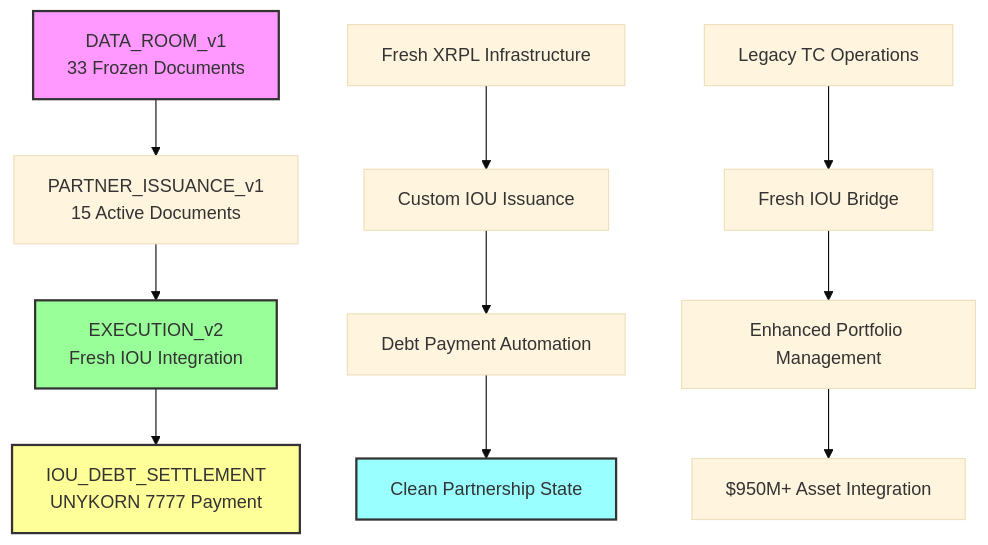
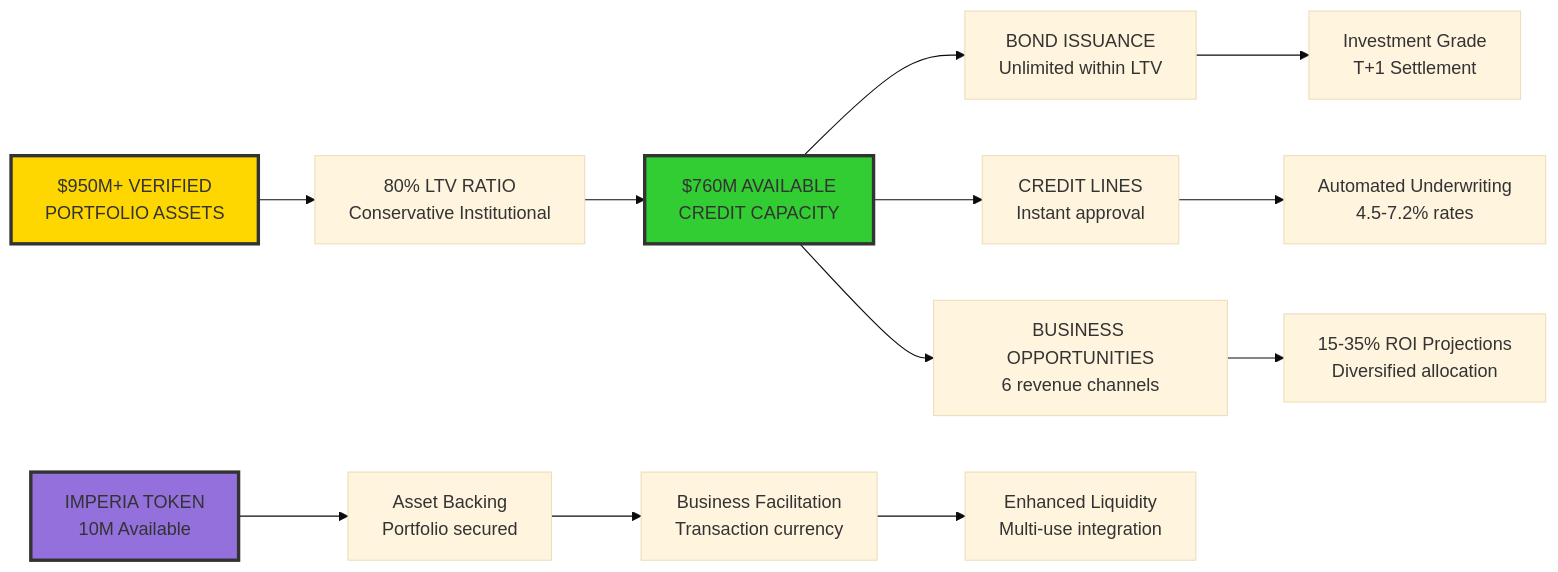
Before and after one commit to unykornai/TC: the second of 15 diagrams in TC_REPOSITORY_UPGRADE_v2.md, drawn with Mermaid (base theme). The commit also changed other lines of this file, not shown here.

````diff
--- a/TC_REPOSITORY_UPGRADE_v2.md
+++ b/TC_REPOSITORY_UPGRADE_v2.md
@@ -28,19 +66,21 @@
 ```mermaid
-graph TD
-    A[DATA_ROOM_v1<br/>33 Frozen Documents] --> B[PARTNER_ISSUANCE_v1<br/>15 Active Documents]
-    B --> C[EXECUTION_v2<br/>Fresh IOU Integration]
-    C --> D[IOU_DEBT_SETTLEMENT<br/>UNYKORN 7777 Payment]
+flowchart LR
+    A[$950M+ VERIFIED<br/>PORTFOLIO ASSETS] --> B[80% LTV RATIO<br/>Conservative Institutional]
+    B --> C[$760M AVAILABLE<br/>CREDIT CAPACITY]
     
-    E[Fresh XRPL Infrastructure] --> F[Custom IOU Issuance]
-    F --> G[Debt Payment Automation]
-    G --> H[Clean Partnership State]
+    C --> D[BOND ISSUANCE<br/>Unlimited within LTV]
+    C --> E[CREDIT LINES<br/>Instant approval]
+    C --> F[BUSINESS OPPORTUNITIES<br/>6 revenue channels]
     
-    I[Legacy TC Operations] --> J[Fresh IOU Bridge]
-    J --> K[Enhanced Portfolio Management]
-    K --> L[$950M+ Asset Integration]
+    D --> G[Investment Grade<br/>T+1 Settlement]
+    E --> H[Automated Underwriting<br/>4.5-7.2% rates]
+    F --> I[15-35% ROI Projections<br/>Diversified allocation]
     
-    style A fill:#f9f,stroke:#333,stroke-width:2px
-    style C fill:#9f9,stroke:#333,stroke-width:2px
-    style D fill:#ff9,stroke:#333,stroke-width:2px
-    style H fill:#9ff,stroke:#333,stroke-width:2px
+    J[IMPERIA TOKEN<br/>10M Available] --> K[Asset Backing<br/>Portfolio secured]
+    K --> L[Business Facilitation<br/>Transaction currency]
+    L --> M[Enhanced Liquidity<br/>Multi-use integration]
+    
+    style A fill:#ffd700,stroke:#333,stroke-width:3px
+    style C fill:#32cd32,stroke:#333,stroke-width:3px
+    style J fill:#9370db,stroke:#333,stroke-width:3px
 ```
````
